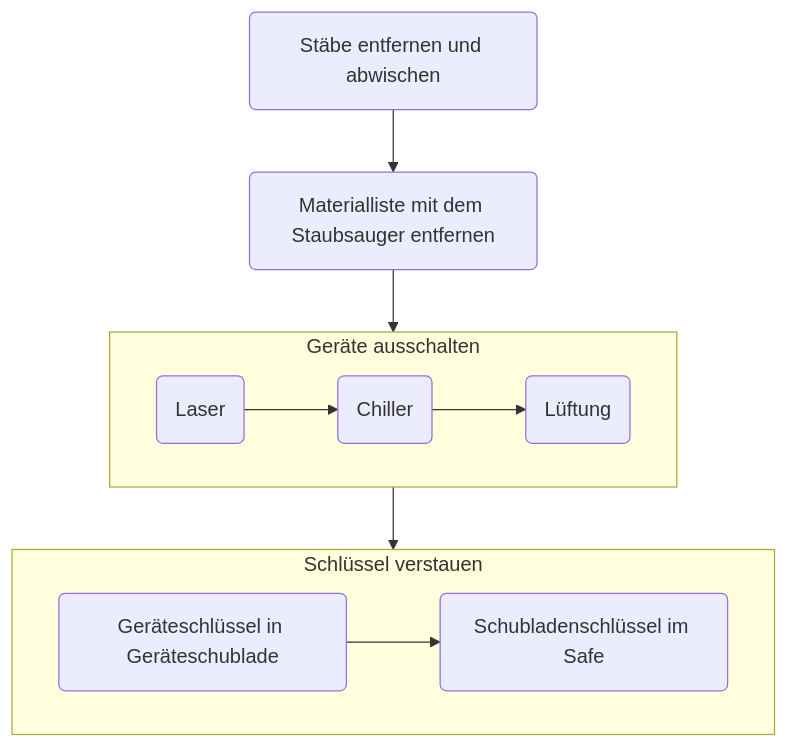
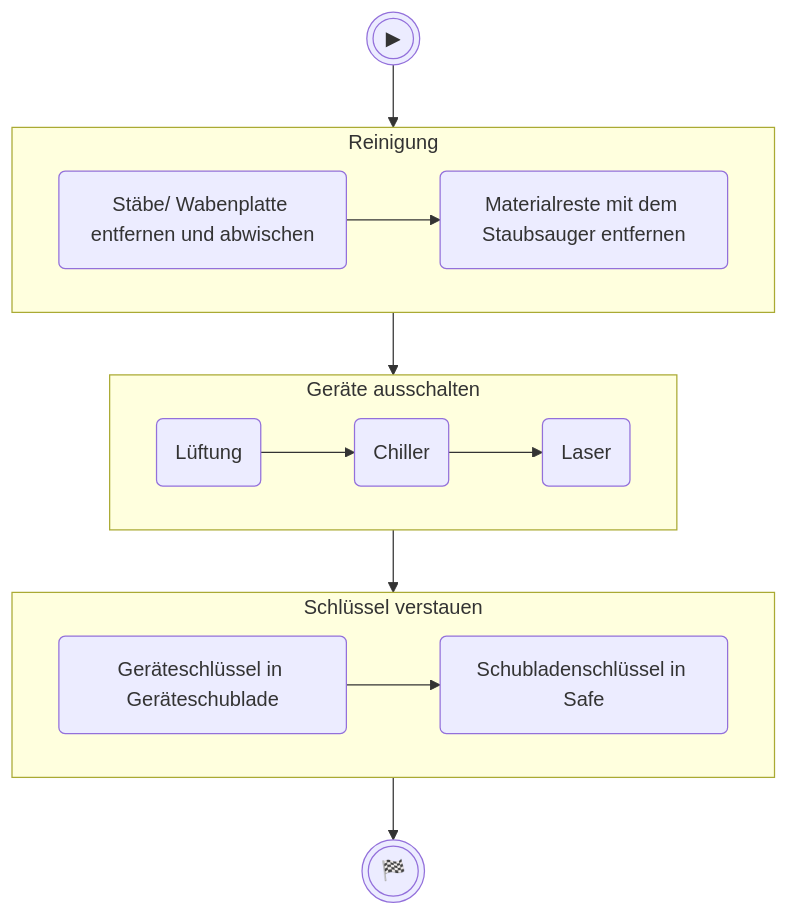
One commit to maker-space-leipzig/laser-dokumentation changed the third of 3 diagrams in docs/nachschlagen_checklisten.md. Above: the diagram before and after it, drawn with Mermaid. The commit also changed other lines of this file and 19 other files, not shown here.

````diff
--- a/docs/nachschlagen_checklisten.md
+++ b/docs/nachschlagen_checklisten.md
@@ -44,19 +56,31 @@
-``` mermaid
+```mermaid
 flowchart TD
-    1("Stäbe entfernen und abwischen")
-    1 --> 2("Materialliste mit dem Staubsauger entfernen")
-    2 --> 3
-    subgraph 3["Geräte ausschalten"]
+    %% Standardknoten
+    start((("▶")))
+    ende((("🏁")))
+
+    %% Subgraphen
+    subgraph reinigung["Reinigung"]
+        unterlage("Stäbe/ Wabenplatte entfernen und abwischen")
+        --> saugen("Materialreste mit dem Staubsauger entfernen")
+    end
+
+    subgraph strom["Geräte ausschalten"]
         direction LR
-        3a("Laser")
-        -->3b("Chiller")
-        -->3c("Lüftung")
+        strom_1("Lüftung")
+        -->strom_2("Chiller")
+        -->strom_3("Laser")
     end
-    subgraph 4["Schlüssel verstauen"]
-        4a("Geräteschlüssel in Geräteschublade")
-        -->4b("Schubladenschlüssel im Safe")
+
+    subgraph schlüssel["Schlüssel verstauen"]
+        schlüssel_1("Geräteschlüssel in Geräteschublade")
+        -->schlüssel_2("Schubladenschlüssel in Safe")
     end
-    3 --> 4
 
-
+    %% Knoten-Abfolge
+    start
+    --> reinigung
+    --> strom
+    --> schlüssel
+    --> ende
 ```
````
